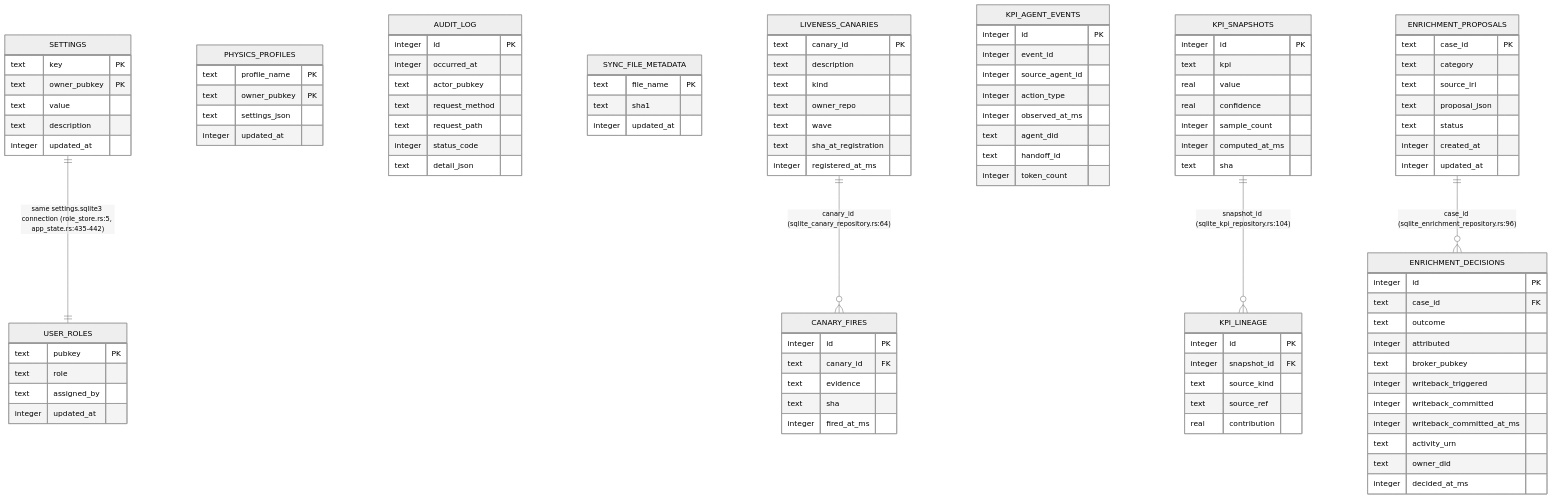
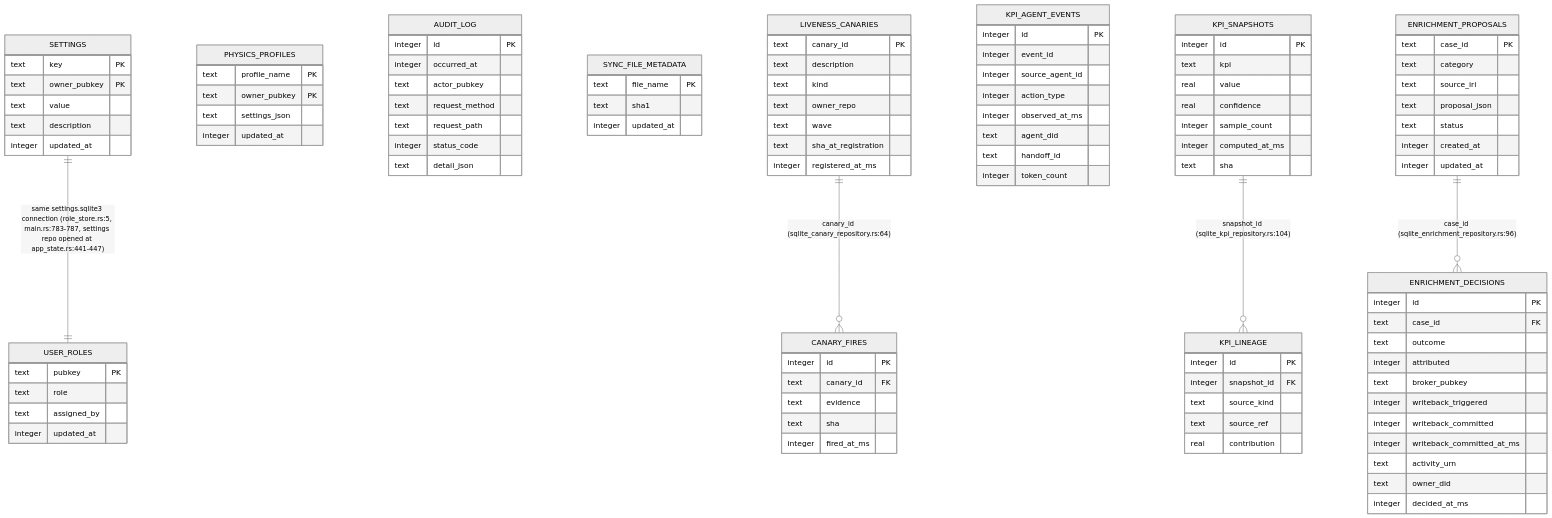
Before and after one commit to DreamLab-AI/VisionFlow: the second of 11 diagrams in docs/diagrams/visionclaw/22-data-authority-provenance-erasure.md, drawn with Mermaid (neutral theme). The commit also changed other lines of this file and 160 other files, not shown here.

````diff
--- a/docs/diagrams/visionclaw/22-data-authority-provenance-erasure.md
+++ b/docs/diagrams/visionclaw/22-data-authority-provenance-erasure.md
@@ -192,5 +194,5 @@
     ENRICHMENT_PROPOSALS ||--o{ ENRICHMENT_DECISIONS : "case_id (sqlite_enrichment_repository.rs:96)"
     LIVENESS_CANARIES ||--o{ CANARY_FIRES : "canary_id (sqlite_canary_repository.rs:64)"
     KPI_SNAPSHOTS ||--o{ KPI_LINEAGE : "snapshot_id (sqlite_kpi_repository.rs:104)"
-    SETTINGS ||--|| USER_ROLES : "same settings.sqlite3 connection (role_store.rs:5, app_state.rs:435-442)"
+    SETTINGS ||--|| USER_ROLES : "same settings.sqlite3 connection (role_store.rs:5, main.rs:783-787, settings repo opened at app_state.rs:441-447)"
 ```
````
